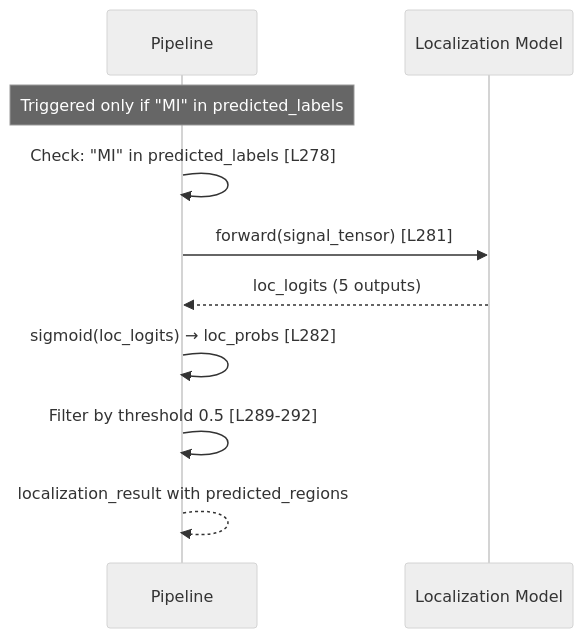
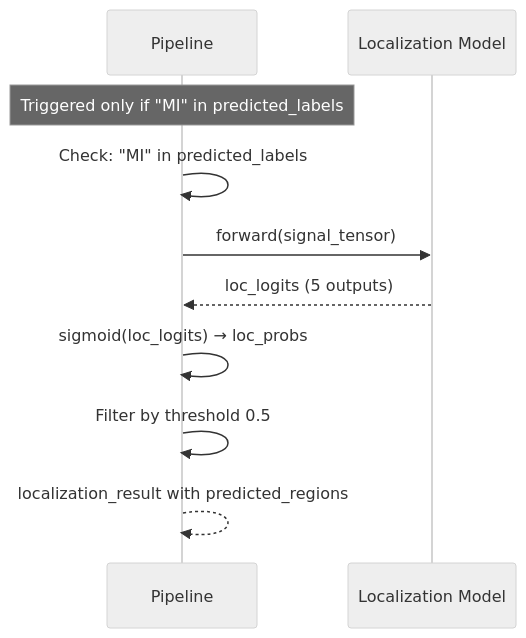
The fifth of 6 diagrams in docs/FINAL_TEKNIK_RAPOR_TR.md (mUsaulug/CardioGuard-AI), drawn with Mermaid (neutral theme) before and after one commit. The commit also changed other lines of this file and 35 other files, not shown here.

````diff
--- a/docs/FINAL_TEKNIK_RAPOR_TR.md
+++ b/docs/FINAL_TEKNIK_RAPOR_TR.md
@@ -201,14 +266,14 @@
 ```mermaid
 sequenceDiagram
     participant PL as Pipeline
     participant LOC as Localization Model
     
     Note over PL: Triggered only if "MI" in predicted_labels
     
-    PL->>PL: Check: "MI" in predicted_labels [L278]
-    PL->>LOC: forward(signal_tensor) [L281]
+    PL->>PL: Check: "MI" in predicted_labels
+    PL->>LOC: forward(signal_tensor)
     LOC-->>PL: loc_logits (5 outputs)
-    PL->>PL: sigmoid(loc_logits) → loc_probs [L282]
-    PL->>PL: Filter by threshold 0.5 [L289-292]
+    PL->>PL: sigmoid(loc_logits) → loc_probs
+    PL->>PL: Filter by threshold 0.5
     PL-->>PL: localization_result with predicted_regions
 ```
````
